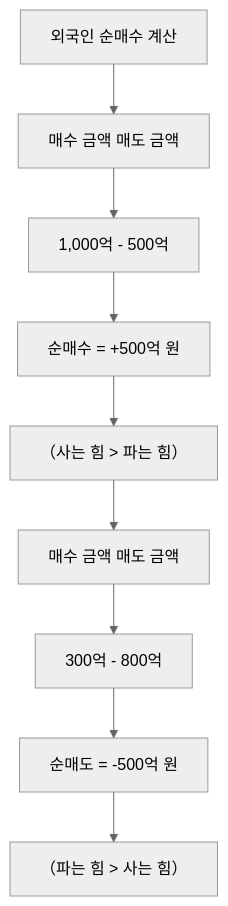
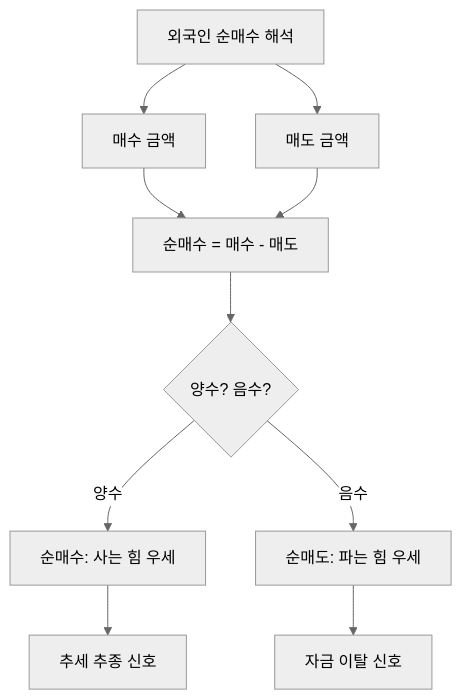
The diagram in content/stock-terms/ko/level-02-market-trading/foreign-net-buying.md (yeongseon/stock-visual-note), drawn with Mermaid (neutral theme) before and after one commit. The commit also changed other lines of this file and 96 other files, not shown here.

Commit message:
Rewrite all 98 remaining articles: branching Mermaid diagrams, natural search_intent, compelling seo_titles, clean descriptions

````diff
--- a/content/stock-terms/ko/level-02-market-trading/foreign-net-buying.md
+++ b/content/stock-terms/ko/level-02-market-trading/foreign-net-buying.md
@@ -53,20 +53,13 @@
 ```mermaid
 graph TD
-    A0["외국인 순매수 계산"]
-    A1["매수 금액 매도 금액"]
-    A2["1,000억 - 500억"]
-    A3["순매수 = +500억 원"]
-    A4["（사는 힘 > 파는 힘）"]
-    A5["매수 금액 매도 금액"]
-    A6["300억 - 800억"]
-    A7["순매도 = -500억 원"]
-    A8["（파는 힘 > 사는 힘）"]
-    A0 --> A1
-    A1 --> A2
-    A2 --> A3
-    A3 --> A4
-    A4 --> A5
-    A5 --> A6
-    A6 --> A7
-    A7 --> A8
+    A["외국인 순매수 해석"]
+    A --> B["매수 금액"]
+    A --> C["매도 금액"]
+    B --> D["순매수 = 매수 - 매도"]
+    C --> D
+    D --> E{"양수? 음수?"}
+    E -->|양수| F["순매수: 사는 힘 우세"]
+    E -->|음수| G["순매도: 파는 힘 우세"]
+    F --> H["추세 추종 신호"]
+    G --> I["자금 이탈 신호"]
 ```
````
